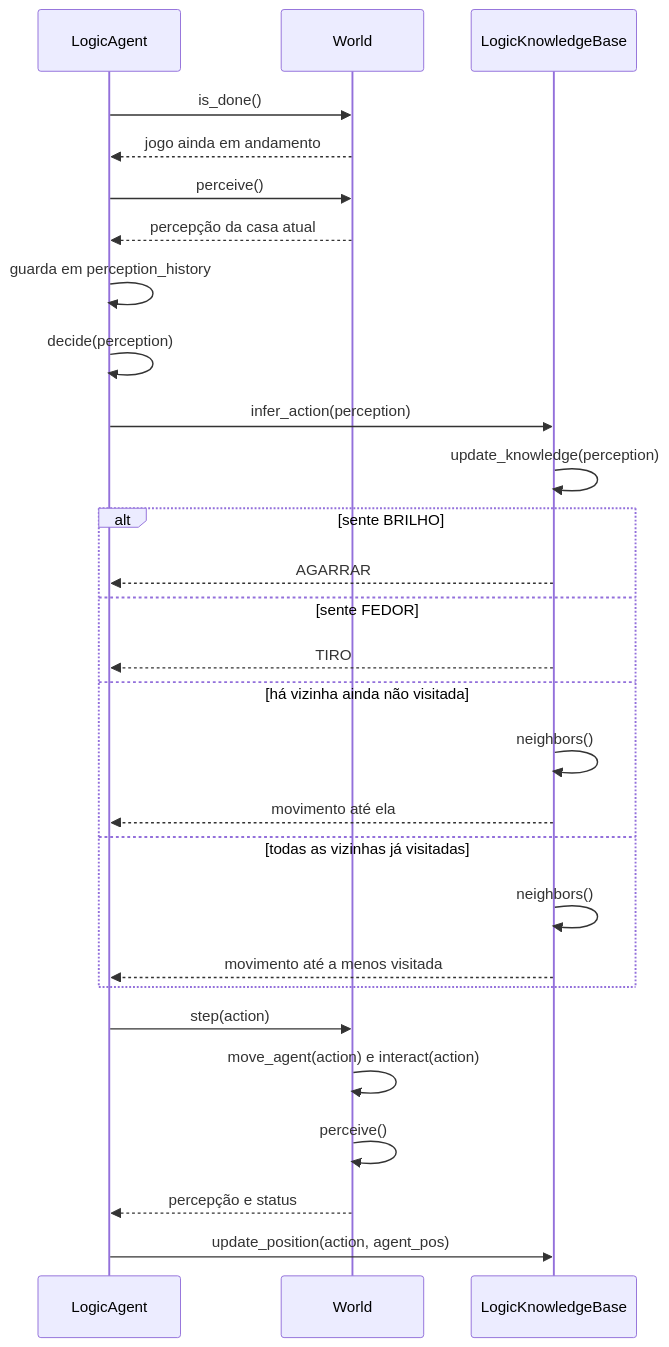
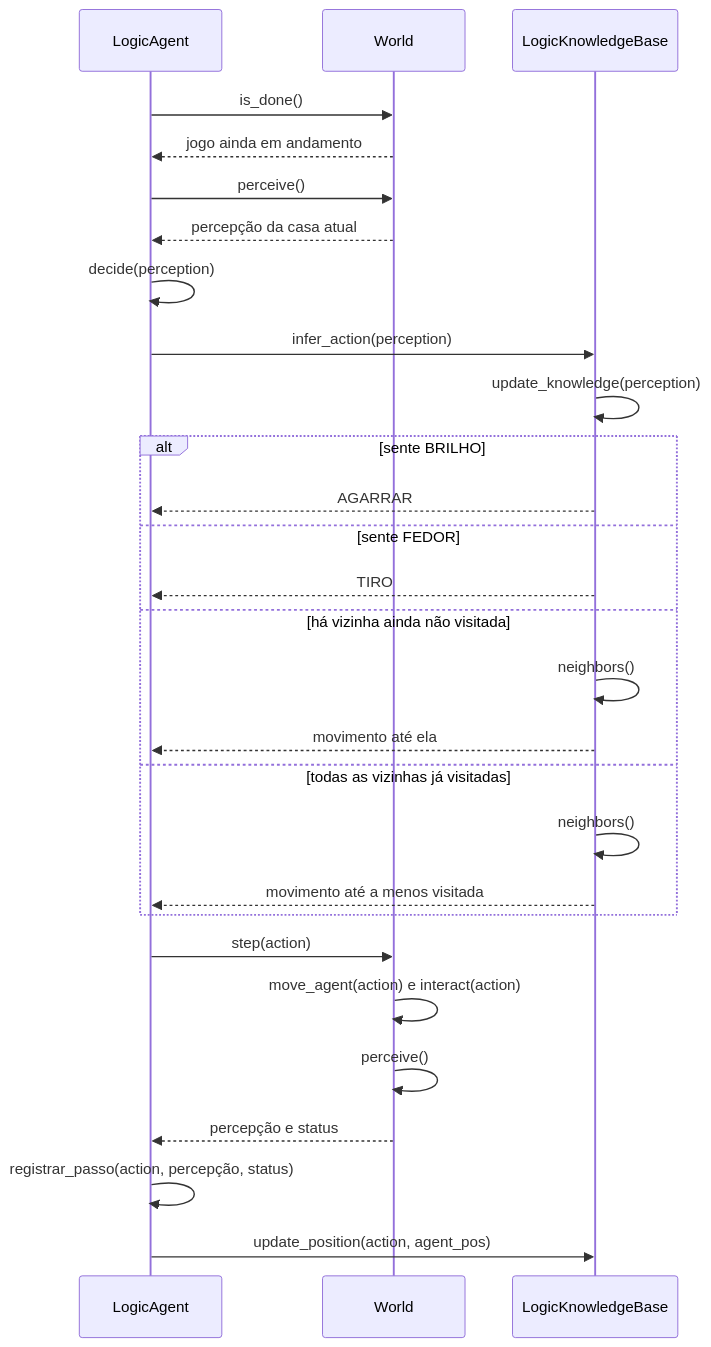
Before and after one commit to ingrid-kiki/wumpus_world_modular: the diagram in docs/arquitetura/sequencia-agente-logico.md, drawn with Mermaid. The commit also changed 28 other files, not shown here.

````diff
--- a/docs/arquitetura/sequencia-agente-logico.md
+++ b/docs/arquitetura/sequencia-agente-logico.md
@@ -6,31 +6,31 @@
 ```mermaid
 sequenceDiagram
     participant A as LogicAgent
     participant M as World
     participant K as LogicKnowledgeBase
 
     A->>M: is_done()
     M-->>A: jogo ainda em andamento
     A->>M: perceive()
     M-->>A: percepção da casa atual
-    A->>A: guarda em perception_history
     A->>A: decide(perception)
     A->>K: infer_action(perception)
     K->>K: update_knowledge(perception)
     alt sente BRILHO
         K-->>A: AGARRAR
     else sente FEDOR
         K-->>A: TIRO
     else há vizinha ainda não visitada
         K->>K: neighbors()
         K-->>A: movimento até ela
     else todas as vizinhas já visitadas
         K->>K: neighbors()
         K-->>A: movimento até a menos visitada
     end
     A->>M: step(action)
     M->>M: move_agent(action) e interact(action)
     M->>M: perceive()
     M-->>A: percepção e status
+    A->>A: registrar_passo(action, percepção, status)
     A->>K: update_position(action, agent_pos)
 ```
````
